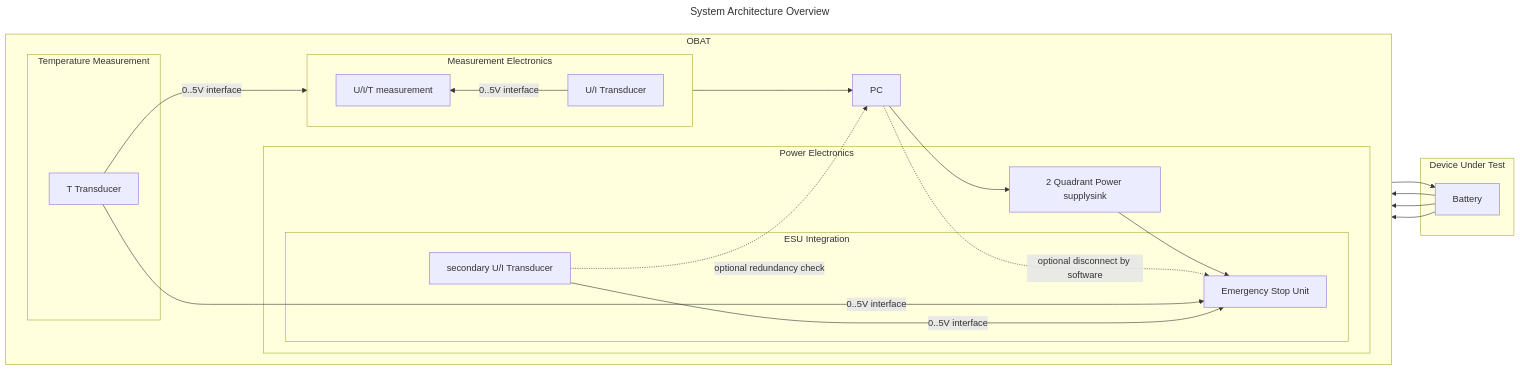
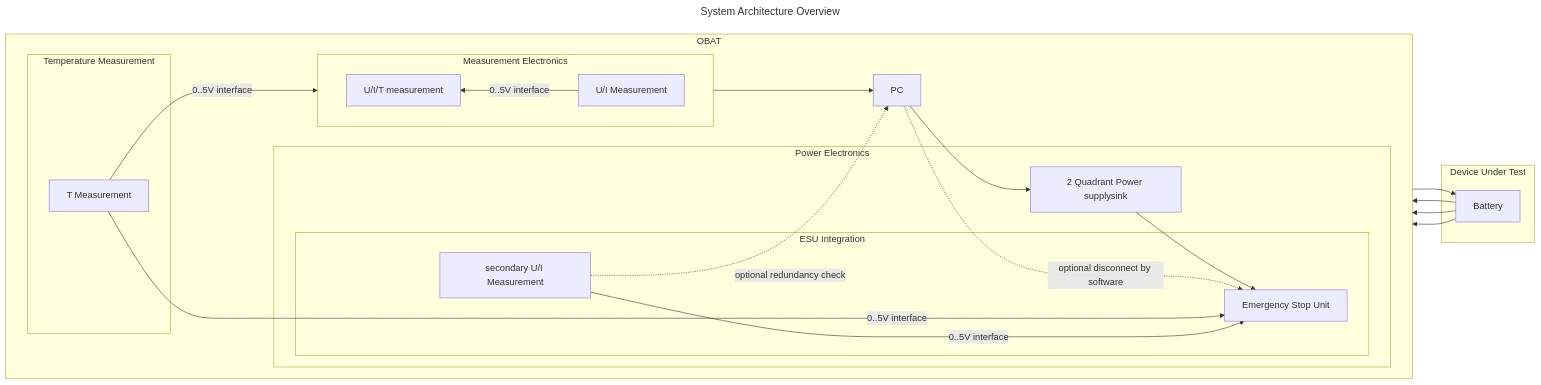
One commit to pascalguttmann/obat changed the diagram in docs/arch/overview.md. Above: the diagram before and after it, drawn with Mermaid. The commit also changed other lines of this file and 2 other files, not shown here.

Commit message:
rename UI Transducer to UI Measurement

````diff
--- a/docs/arch/overview.md
+++ b/docs/arch/overview.md
@@ -56,50 +56,50 @@
 ```mermaid
 ---
 title: System Architecture Overview
 ---
 flowchart LR
 
 subgraph sub-dut [Device Under Test]
     bat[Battery]
 end
 
 subgraph sub-obat [OBAT]
     direction LR
     pc[PC]
 
     subgraph sub-power [Power Electronics]
         pss-internal[2 Quadrant Power supplysink]
 
         subgraph sub-esu [ESU Integration]
             esu[Emergency Stop Unit]
-            transducer2[secondary U/I Transducer]
+            measurement2[secondary U/I Measurement]
         end
 
     end
 
     subgraph sub-meas [Measurement Electronics]
         direction RL
-        transducer[U/I Transducer]
+        measurement[U/I Measurement]
         meas[U/I/T measurement]
     end
 
     subgraph sub-extT [Temperature Measurement]
-        transducer_T[T Transducer]
+        measurement_T[T Measurement]
     end
 
     pc --> pss-internal
     pss-internal --> esu
     esu --> bat
-    bat --> transducer
-    bat --> transducer2
-    bat --> transducer_T
-    transducer2 -. optional redundancy check .-> pc
+    bat --> measurement
+    bat --> measurement2
+    bat --> measurement_T
+    measurement2 -. optional redundancy check .-> pc
     meas --> pc
     pc -. optional disconnect by software .-> esu
 
-    transducer -- 0..5V interface --> meas
-    transducer_T -- 0..5V interface --> meas
-    transducer_T -- 0..5V interface --> esu
-    transducer2 -- 0..5V interface --> esu
+    measurement -- 0..5V interface --> meas
+    measurement_T -- 0..5V interface --> meas
+    measurement_T -- 0..5V interface --> esu
+    measurement2 -- 0..5V interface --> esu
 end
 ```
````
